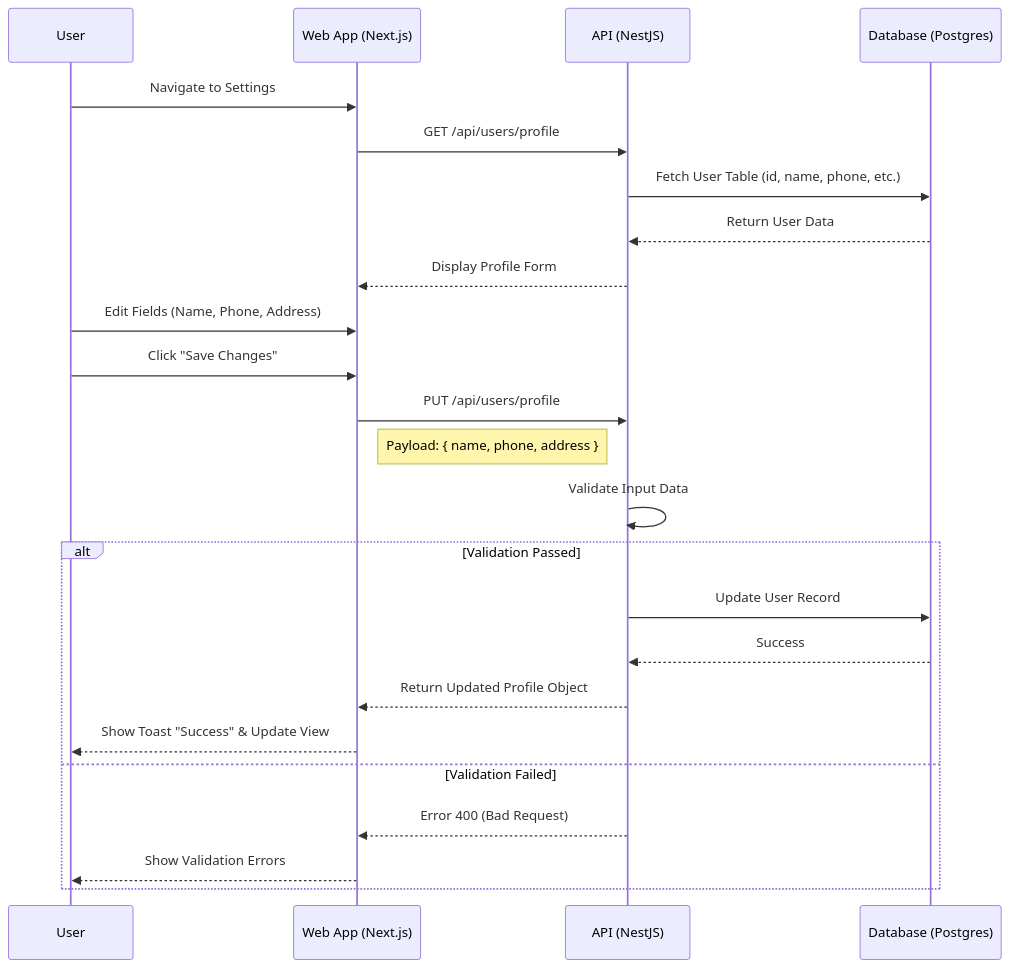
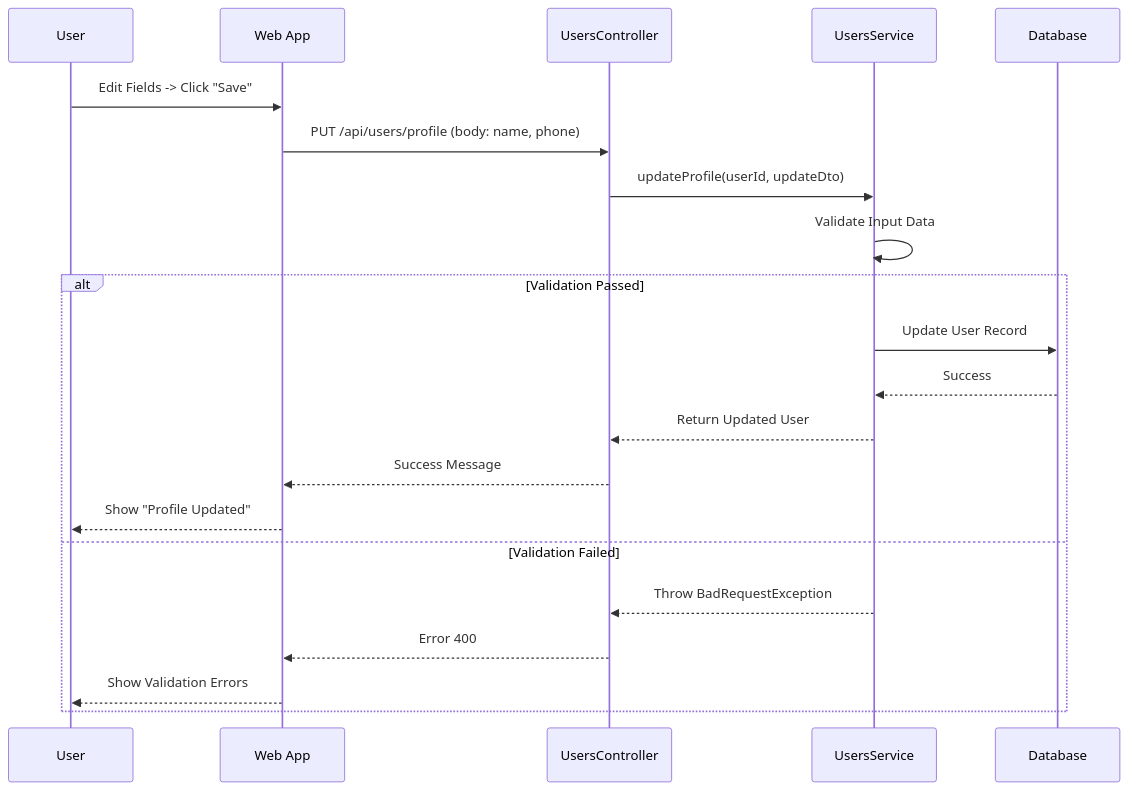
One commit to duong4444/agribot-dev changed the diagram in DOC-TTCS/profile_management_docs.md. Above: the diagram before and after it, drawn with Mermaid. The commit also changed 7 other files, not shown here.

````diff
--- a/DOC-TTCS/profile_management_docs.md
+++ b/DOC-TTCS/profile_management_docs.md
@@ -23,29 +23,25 @@
 ```mermaid
 sequenceDiagram
     participant U as User
-    participant FE as Web App (Next.js)
-    participant BE as API (NestJS)
-    participant DB as Database (Postgres)
+    participant FE as Web App
+    participant CTL as UsersController
+    participant SVC as UsersService
+    participant DB as Database
 
-    U->>FE: Navigate to Settings
-    FE->>BE: GET /api/users/profile
-    BE->>DB: Fetch User Table (id, name, phone, etc.)
-    DB-->>BE: Return User Data
-    BE-->>FE: Display Profile Form
+    U->>FE: Edit Fields -> Click "Save"
+    FE->>CTL: PUT /api/users/profile (body: name, phone)
+    CTL->>SVC: updateProfile(userId, updateDto)
     
-    U->>FE: Edit Fields (Name, Phone, Address)
-    U->>FE: Click "Save Changes"
-    FE->>BE: PUT /api/users/profile
-    note right of FE: Payload: { name, phone, address }
-    
-    BE->>BE: Validate Input Data
+    SVC->>SVC: Validate Input Data
     alt Validation Passed
-        BE->>DB: Update User Record
-        DB-->>BE: Success
-        BE-->>FE: Return Updated Profile Object
-        FE-->>U: Show Toast "Success" & Update View
+        SVC->>DB: Update User Record
+        DB-->>SVC: Success
+        SVC-->>CTL: Return Updated User
+        CTL-->>FE: Success Message
+        FE-->>U: Show "Profile Updated"
     else Validation Failed
-        BE-->>FE: Error 400 (Bad Request)
+        SVC-->>CTL: Throw BadRequestException
+        CTL-->>FE: Error 400
         FE-->>U: Show Validation Errors
     end
 ```
````
